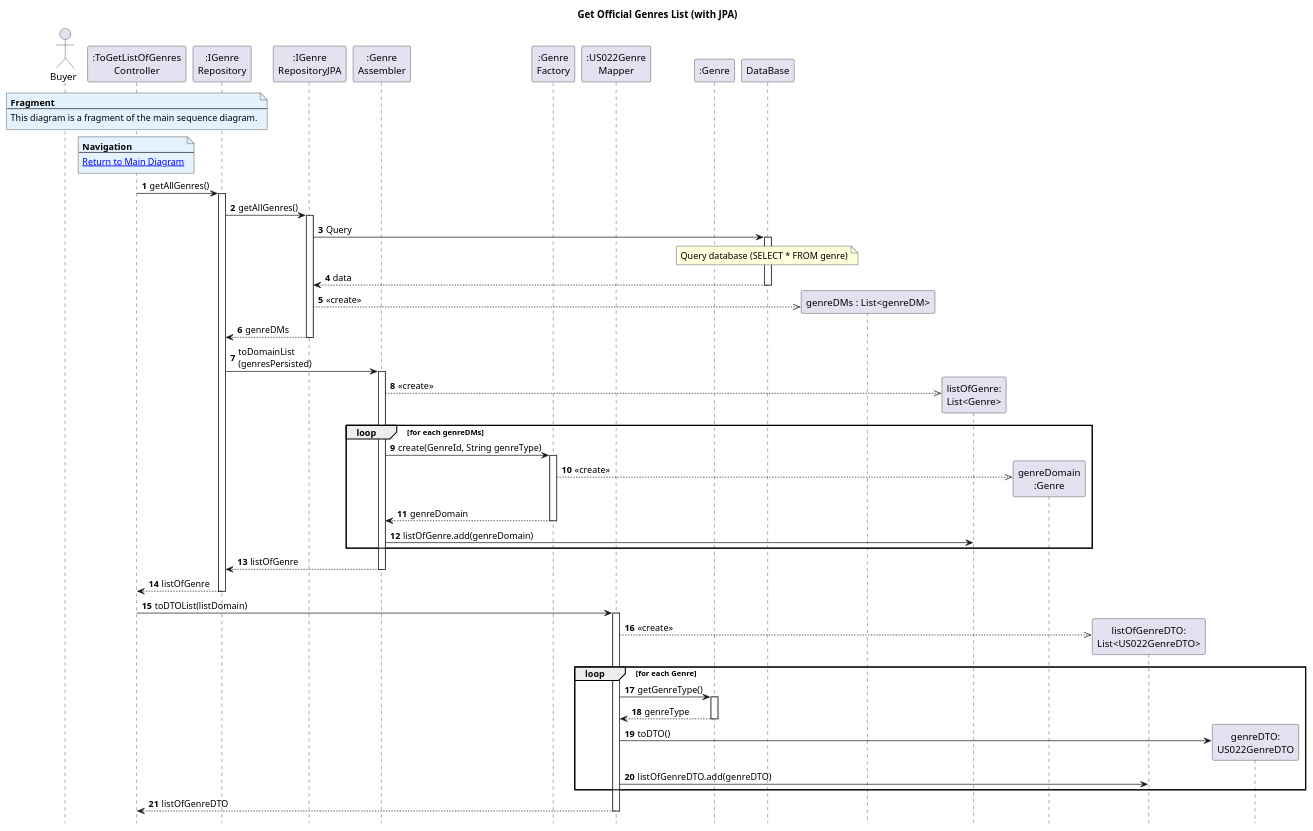
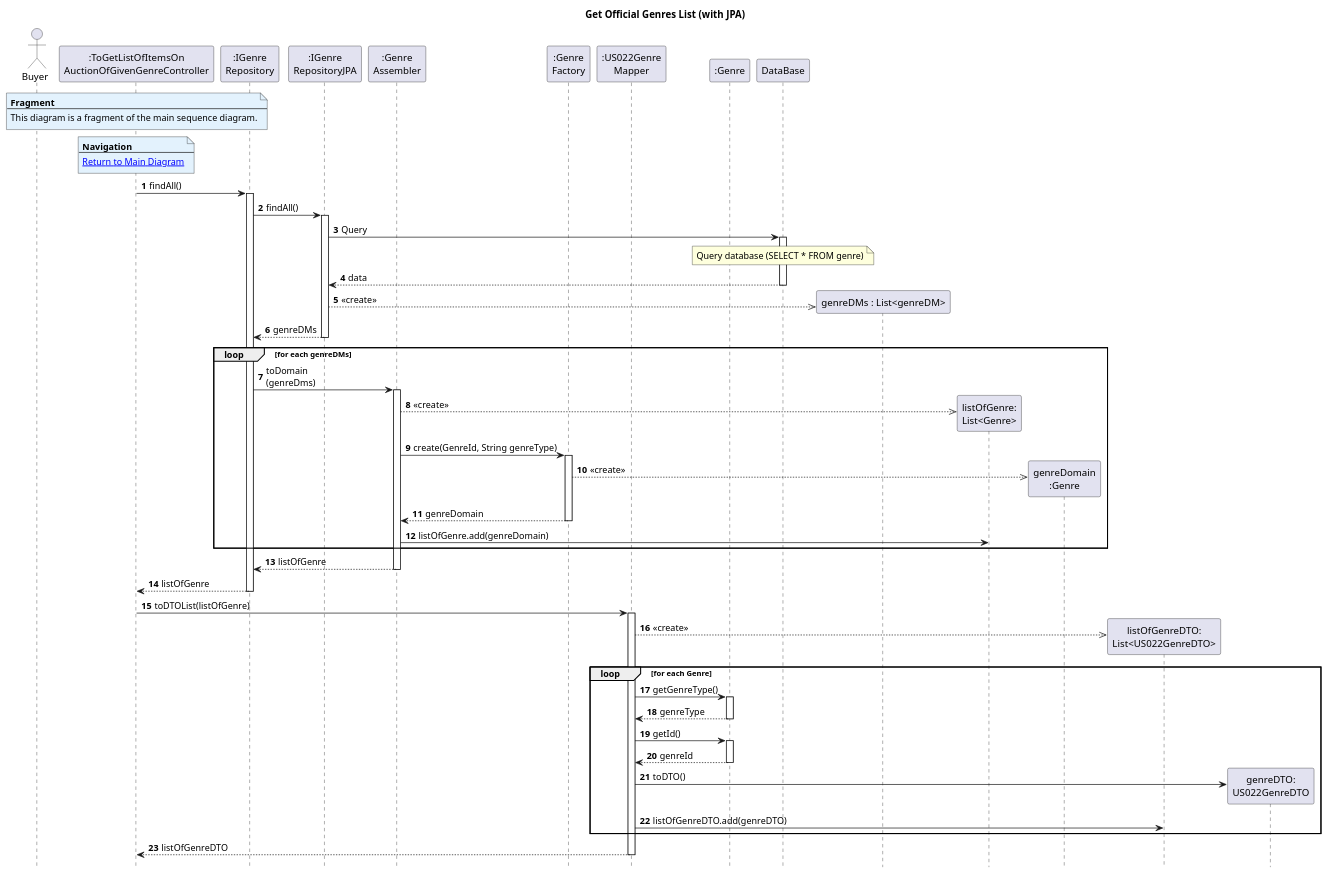
Before and after one commit to AndrePereiraGitH/SWitCH-Project-Team_A: the diagram in Diagrams/SequenceDiagrams/N2/To-get-list-of-items-on-auction-of-a-given-genre/2.GetAllGenres.puml, drawn with PlantUML. The commit also changed 6 other files, not shown here.

```diff
--- a/Diagrams/SequenceDiagrams/N2/To-get-list-of-items-on-auction-of-a-given-genre/2.GetAllGenres.puml
+++ b/Diagrams/SequenceDiagrams/N2/To-get-list-of-items-on-auction-of-a-given-genre/2.GetAllGenres.puml
@@ -1,99 +1,105 @@
 @startuml
 autonumber
 hide footbox
 title Get Official Genres List (with JPA)
 
 actor Buyer as User
 
-participant ":ToGetListOfGenres\nController" as C
+participant ":ToGetListOfItemsOn\nAuctionOfGivenGenreController" as C
 participant ":IGenre\nRepository" as GR
 participant ":IGenre\nRepositoryJPA" as GRJPA
 participant ":Genre\nAssembler" as Assembler
 participant ":Genre\nFactory" as Factory
 participant ":US022Genre\nMapper" as MAPPER
 participant ":Genre" as ENTITY
 participant "DataBase" as EM
 
 note over C #E3F2FD
 <b>Fragment</b>
 ---
 This diagram is a fragment of the main sequence diagram.
 end note
 
 note over C #E3F2FD
 <b>Navigation</b>
 ---
 [[1.MainDiagram.puml Return to Main Diagram]]
 end note
 
-C -> GR : getAllGenres()
+C -> GR : findAll()
 activate GR
 
-GR -> GRJPA : getAllGenres()
+GR -> GRJPA : findAll()
 activate GRJPA
 
 GRJPA -> EM : Query
 activate EM
 
 note over EM
 Query database (SELECT * FROM genre)
 end note
 
 EM --> GRJPA : data
 deactivate EM
 
 GRJPA -->> "genreDMs : List<genreDM>"** : <<create>>
 
 
 GRJPA --> GR : genreDMs
 deactivate GRJPA
 
-GR -> Assembler : toDomainList\n(genresPersisted)
-activate Assembler
+loop for each genreDMs
+    GR -> Assembler : toDomain\n(genreDms)
+    activate Assembler
 
-create "listOfGenre:\nList<Genre>" as listOfGenre
-Assembler -->> listOfGenre : <<create>>
+    create "listOfGenre:\nList<Genre>" as listOfGenre
+    Assembler -->> listOfGenre : <<create>>
 
-loop for each genreDMs
+
     Assembler -> Factory : create(GenreId, String genreType)
 
     activate Factory
 
     create "genreDomain\n:Genre" as genreDomain
     Factory -->> genreDomain : <<create>>
 
     Factory --> Assembler : genreDomain
     deactivate Factory
 
     Assembler -> listOfGenre : listOfGenre.add(genreDomain)
 end
 
 Assembler --> GR : listOfGenre
 deactivate Assembler
 
 GR --> C : listOfGenre
 deactivate GR
 
-C -> MAPPER : toDTOList(listDomain)
+C -> MAPPER : toDTOList(listOfGenre)
 activate MAPPER
 
 create "listOfGenreDTO:\nList<US022GenreDTO>" as listDTO
 MAPPER -->> listDTO : <<create>>
 
 loop for each Genre
     MAPPER -> ENTITY : getGenreType()
     activate ENTITY
     ENTITY --> MAPPER : genreType
+        deactivate ENTITY
+    MAPPER -> ENTITY : getId()
+    activate ENTITY
+    ENTITY --> MAPPER : genreId
     deactivate ENTITY
+
 
     create "genreDTO:\nUS022GenreDTO" as genreDTO
     MAPPER -> genreDTO : toDTO()
 
     MAPPER -> listDTO : listOfGenreDTO.add(genreDTO)
 end
 
 MAPPER --> C : listOfGenreDTO
 deactivate MAPPER
 
 
 @enduml
```
